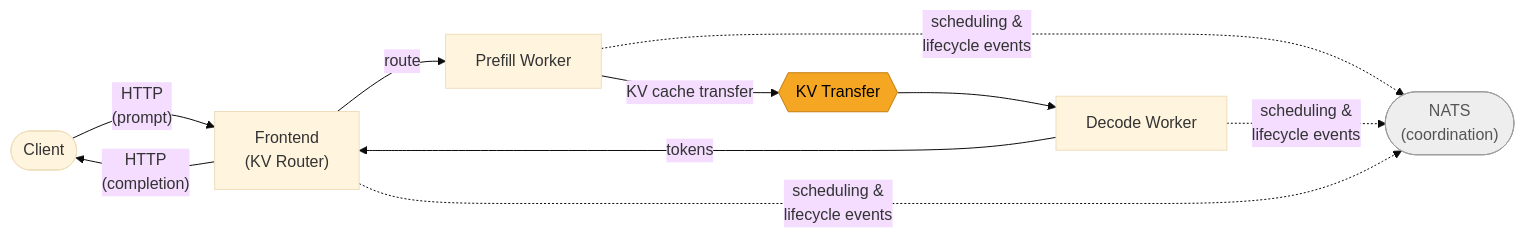
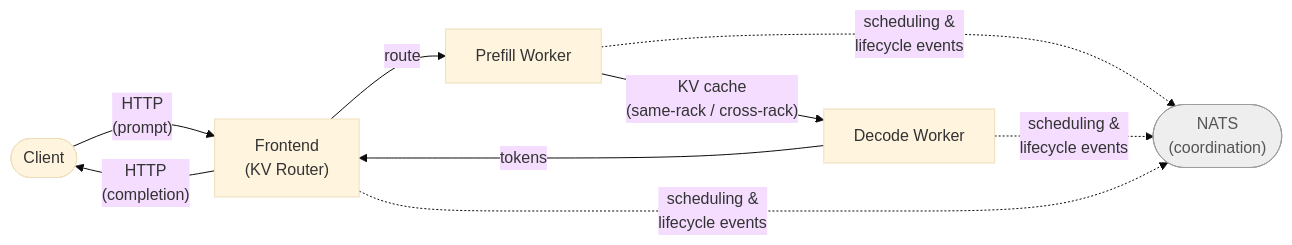
Before and after one commit to urregum/ncx-dynamo-demo: the second of 2 diagrams in docs/architecture.md, drawn with Mermaid (base theme).

Commit message:
docs: remove KV Transfer hex node from request path diagram
Replaces the unexplained hexagon with a direct labeled arrow from
Prefill to Decode Worker. Scenario context (same-rack / cross-rack)
moves onto the edge label.

````diff
--- a/docs/architecture.md
+++ b/docs/architecture.md
@@ -127,23 +127,20 @@
 ```mermaid
 flowchart LR
     C([Client])
     F["Frontend<br/>(KV Router)"]
     P["Prefill Worker"]
-    KV{{"KV Transfer"}}
     D["Decode Worker"]
     N(["NATS<br/>(coordination)"])
 
     C -->|"HTTP<br/>(prompt)"| F
     F -->|"route"| P
-    P -->|"KV cache transfer"| KV
-    KV --> D
+    P -->|"KV cache<br/>(same-rack / cross-rack)"| D
     D -->|"tokens"| F
     F -->|"HTTP<br/>(completion)"| C
 
     P -. "scheduling &<br/>lifecycle events" .-> N
     D -. "scheduling &<br/>lifecycle events" .-> N
     F -. "scheduling &<br/>lifecycle events" .-> N
 
-    style KV fill:#f5a623,color:#000,stroke:#c47d0e
     style N fill:#eeeeee,stroke:#9e9e9e,color:#555
 ```
````
